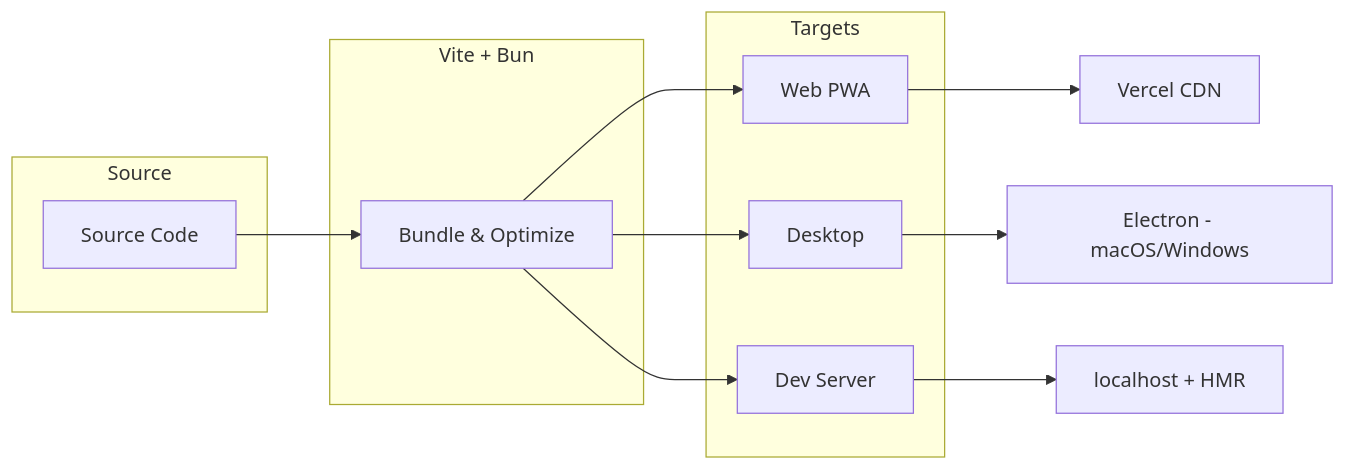
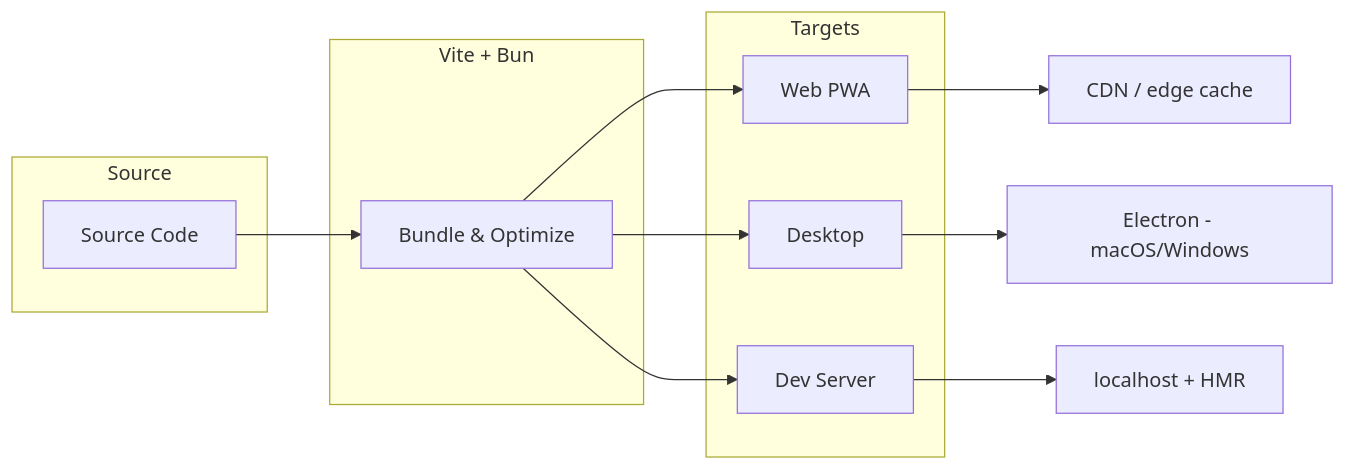
Before and after one commit to ryokun6/ryos: the second of 6 diagrams in docs/1.1-architecture.md, drawn with Mermaid. The commit also changed other lines of this file and 221 other files, not shown here.

````diff
--- a/docs/1.1-architecture.md
+++ b/docs/1.1-architecture.md
@@ -69,25 +69,25 @@
 ```mermaid
 graph LR
     subgraph Source
         A[Source Code]
     end
     
     subgraph Build["Vite + Bun"]
         B[Bundle & Optimize]
     end
     
     subgraph Targets
         C[Web PWA]
         D[Desktop]
         E[Dev Server]
     end
     
     A --> B
     B --> C
     B --> D
     B --> E
     
-    C --> F[Vercel CDN]
+    C --> F[CDN / edge cache]
     D --> G[Electron - macOS/Windows]
     E --> H[localhost + HMR]
 ```
````
